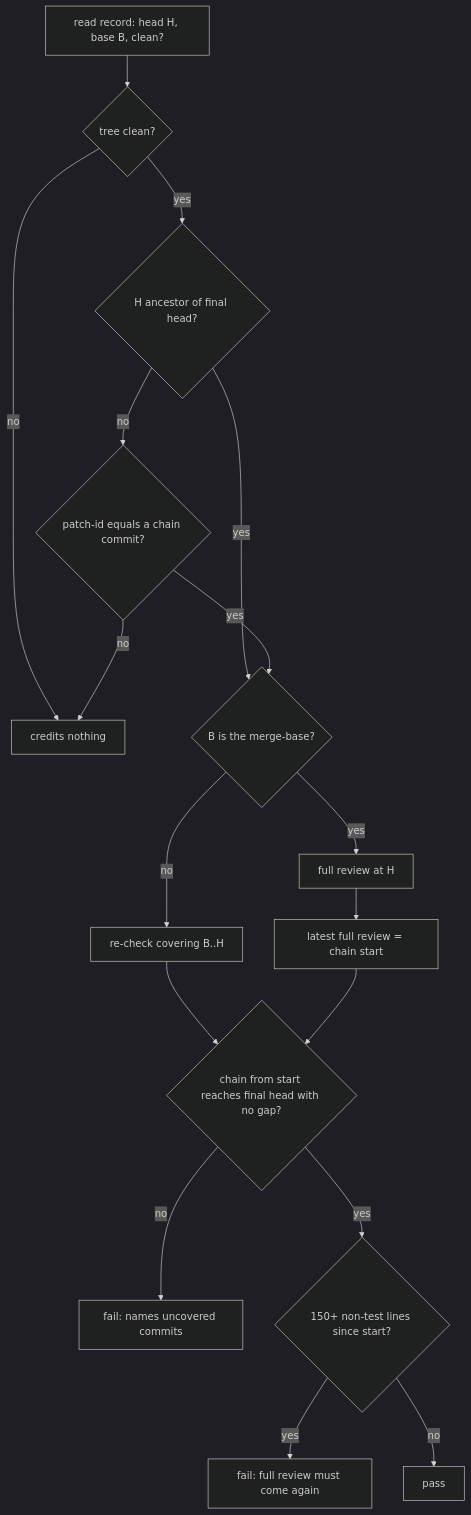
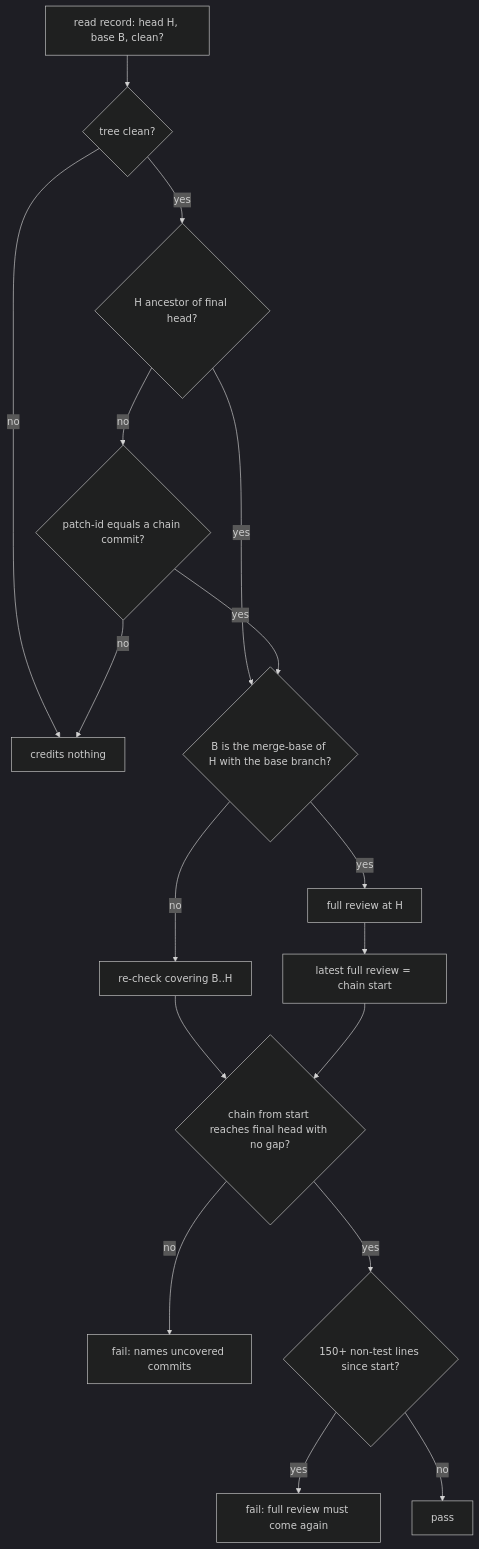
The second of 2 diagrams in docs/plans/2026-11-08-kod-44-merge-gate-plan.md (kodhama/grove), drawn with Mermaid (dark theme) before and after one commit. The commit also changed other lines of this file and 2 other files, not shown here.

````diff
--- a/docs/plans/2026-11-08-kod-44-merge-gate-plan.md
+++ b/docs/plans/2026-11-08-kod-44-merge-gate-plan.md
@@ -141,19 +141,19 @@
 ```mermaid
 flowchart TB
   R[read record: head H, base B, clean?] --> D{tree clean?}
   D -->|no| X[credits nothing]
   D -->|yes| A{H ancestor of final head?}
-  A -->|yes| F{B is the merge-base?}
+  A -->|yes| F{B is the merge-base of H with the base branch?}
   A -->|no| P{patch-id equals a chain commit?}
   P -->|no| X
   P -->|yes| F
   F -->|yes| FULL[full review at H]
   F -->|no| RC[re-check covering B..H]
   FULL --> L[latest full review = chain start]
   RC --> CH{chain from start reaches final head with no gap?}
   L --> CH
   CH -->|no| FAIL[fail: names uncovered commits]
   CH -->|yes| N{150+ non-test lines since start?}
   N -->|yes| FAIL2[fail: full review must come again]
   N -->|no| PASS[pass]
 ```
````
